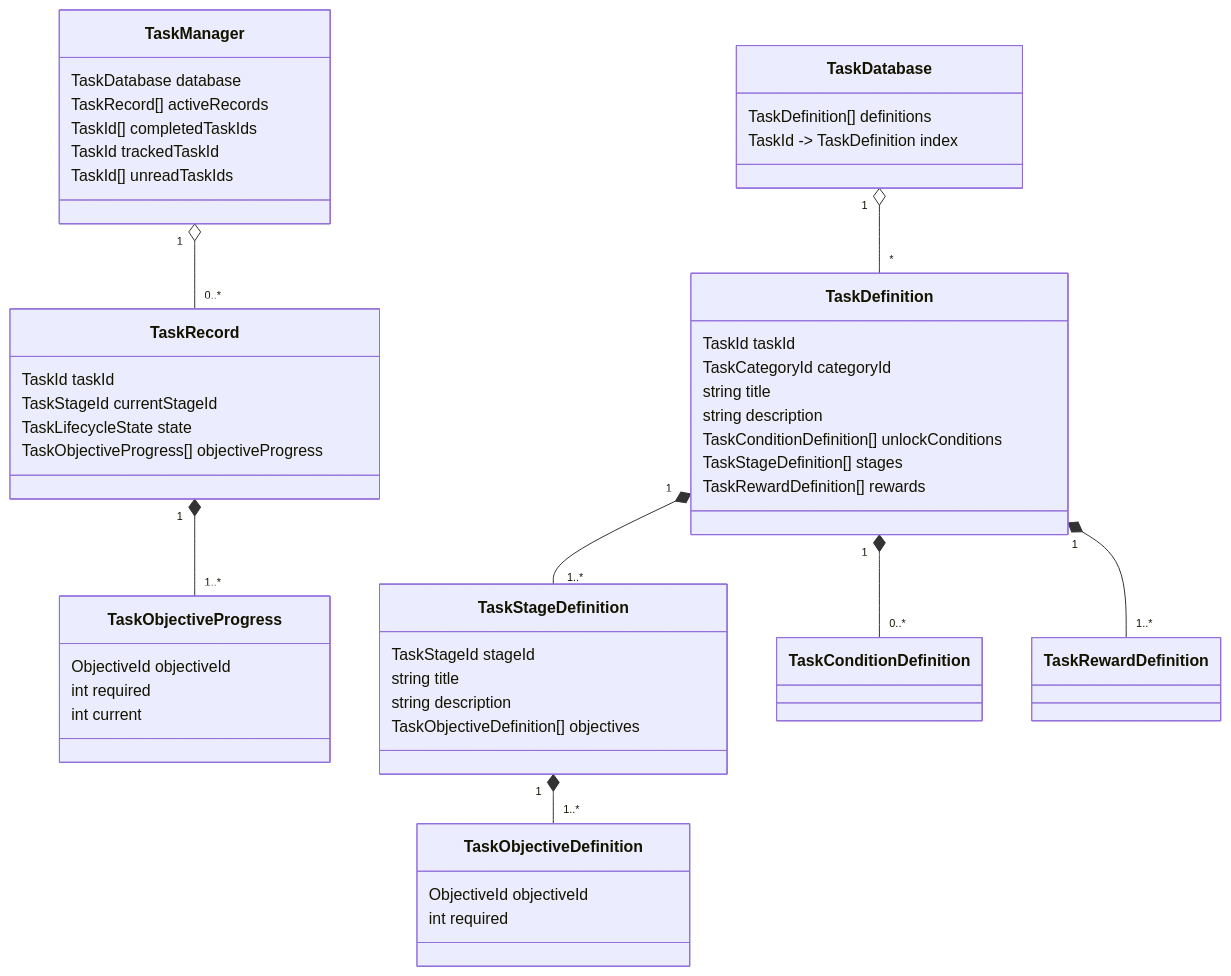
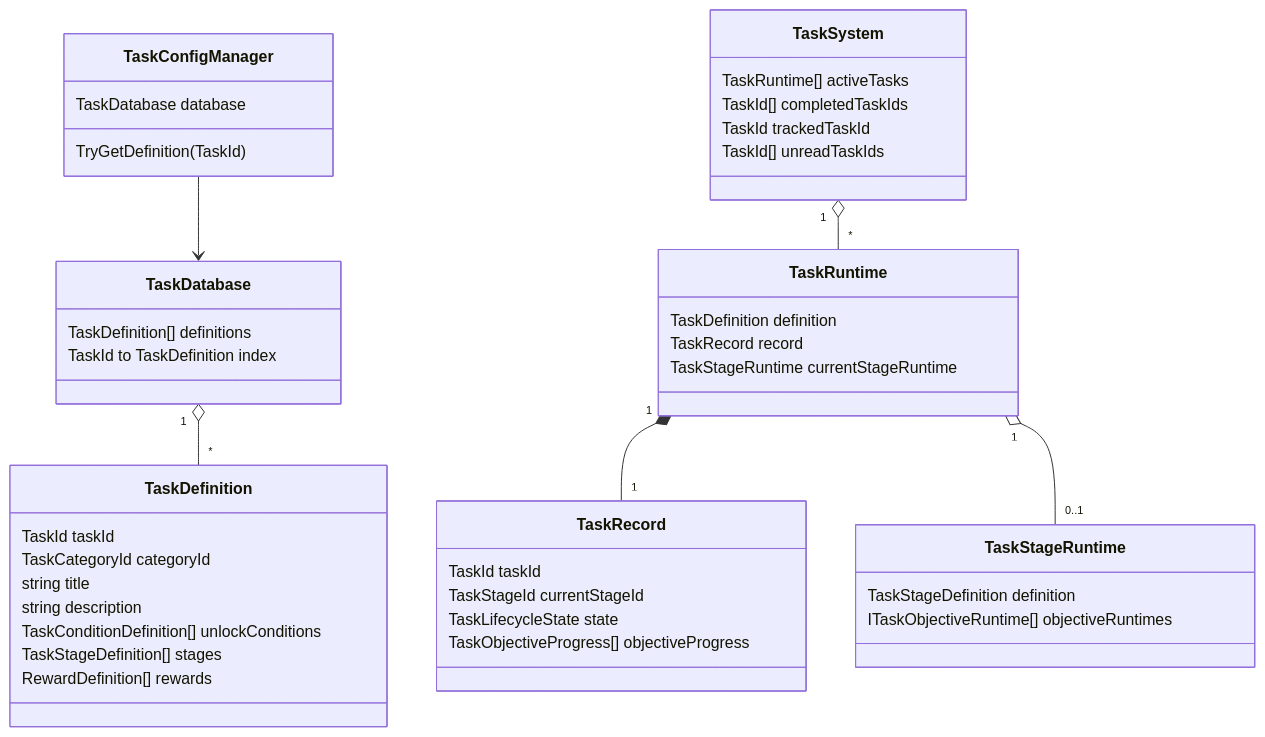
One commit to Whitesheeeep/3DRPG changed the second of 11 diagrams in Assets/Scripts/TaskSystem/TaskSystem_Architecture.md. Above: the diagram before and after it, drawn with Mermaid. The commit also changed other lines of this file and 112 other files, not shown here.

```diff
--- a/Assets/Scripts/TaskSystem/TaskSystem_Architecture.md
+++ b/Assets/Scripts/TaskSystem/TaskSystem_Architecture.md
@@ -60,51 +40,46 @@
 ~~~mermaid
 classDiagram
+    class TaskConfigManager {
+        TaskDatabase database
+        TryGetDefinition(TaskId)
+    }
     class TaskDatabase {
         TaskDefinition[] definitions
-        TaskId -> TaskDefinition index
+        TaskId to TaskDefinition index
     }
     class TaskDefinition {
         TaskId taskId
         TaskCategoryId categoryId
         string title
         string description
         TaskConditionDefinition[] unlockConditions
         TaskStageDefinition[] stages
-        TaskRewardDefinition[] rewards
+        RewardDefinition[] rewards
     }
-    class TaskStageDefinition {
-        TaskStageId stageId
-        string title
-        string description
-        TaskObjectiveDefinition[] objectives
-    }
-    class TaskObjectiveDefinition {
-        ObjectiveId objectiveId
-        int required
-    }
-    class TaskManager {
-        TaskDatabase database
-        TaskRecord[] activeRecords
+    class TaskSystem {
+        TaskRuntime[] activeTasks
         TaskId[] completedTaskIds
         TaskId trackedTaskId
         TaskId[] unreadTaskIds
+    }
+    class TaskRuntime {
+        TaskDefinition definition
+        TaskRecord record
+        TaskStageRuntime currentStageRuntime
     }
     class TaskRecord {
         TaskId taskId
         TaskStageId currentStageId
         TaskLifecycleState state
         TaskObjectiveProgress[] objectiveProgress
     }
-    class TaskObjectiveProgress {
-        ObjectiveId objectiveId
-        int required
-        int current
+    class TaskStageRuntime {
+        TaskStageDefinition definition
+        ITaskObjectiveRuntime[] objectiveRuntimes
     }
+    TaskConfigManager --> TaskDatabase
     TaskDatabase "1" o-- "*" TaskDefinition
-    TaskDefinition "1" *-- "1..*" TaskStageDefinition
-    TaskDefinition "1" *-- "0..*" TaskConditionDefinition
-    TaskDefinition "1" *-- "1..*" TaskRewardDefinition
-    TaskStageDefinition "1" *-- "1..*" TaskObjectiveDefinition
-    TaskManager "1" o-- "0..*" TaskRecord
-    TaskRecord "1" *-- "1..*" TaskObjectiveProgress
+    TaskSystem "1" o-- "*" TaskRuntime
+    TaskRuntime "1" *-- "1" TaskRecord
+    TaskRuntime "1" o-- "0..1" TaskStageRuntime
 ~~~
```
